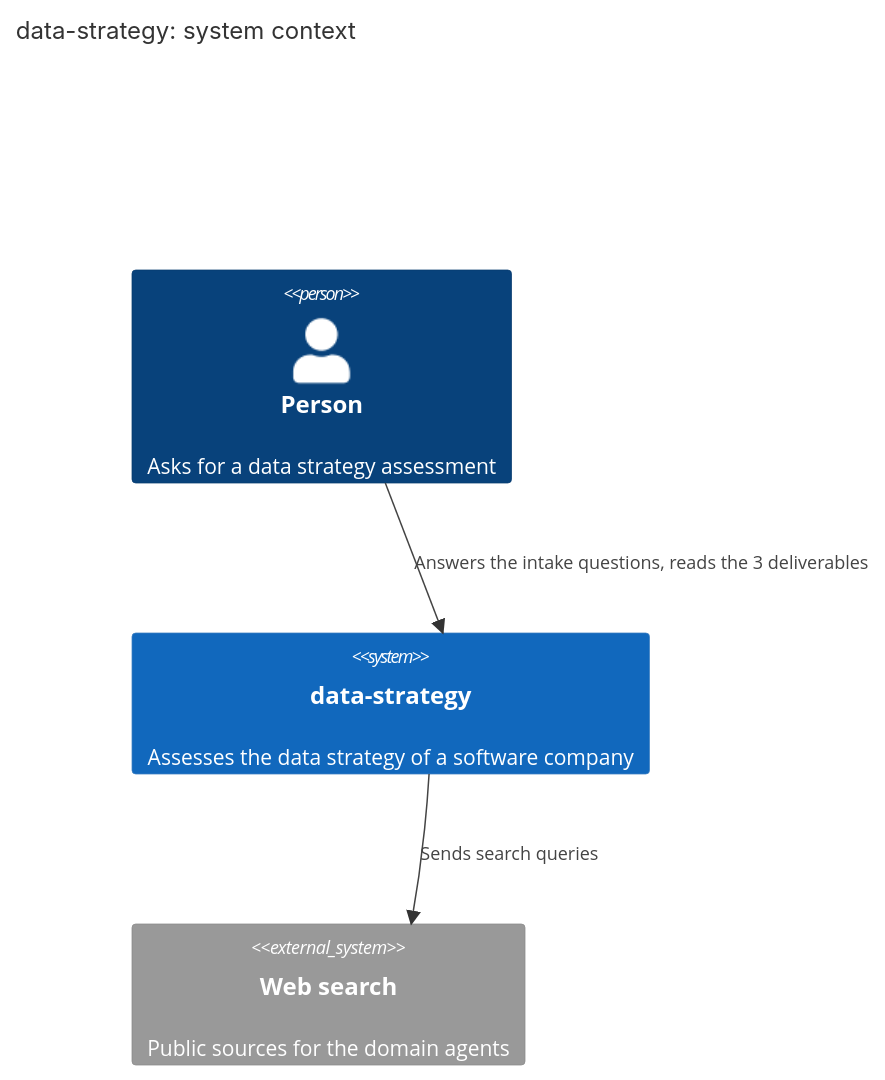
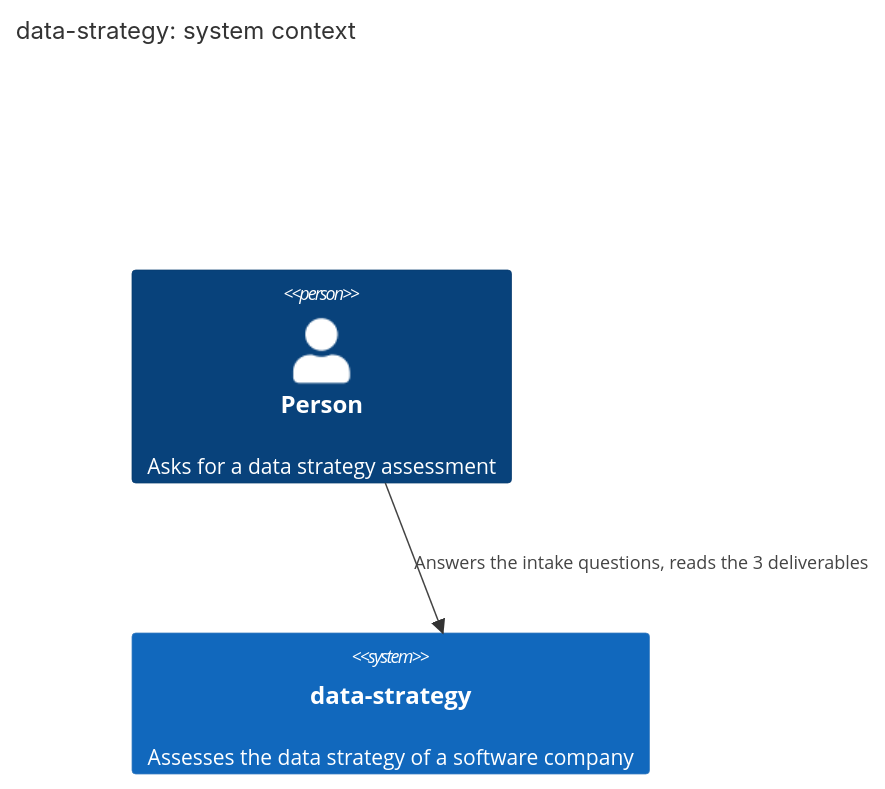
One commit to ai-advanced-futures/cc-plugins changed the first of 2 diagrams in plugins/data-strategy/docs/diagrams/data-strategy-c4.md. Above: the diagram before and after it, drawn with Mermaid. The commit also changed other lines of this file and 22 other files, not shown here.

````diff
--- a/plugins/data-strategy/docs/diagrams/data-strategy-c4.md
+++ b/plugins/data-strategy/docs/diagrams/data-strategy-c4.md
@@ -5,9 +5,7 @@
 ```mermaid
 C4Context
   title data-strategy: system context
   Person(user, "Person", "Asks for a data strategy assessment")
   System(ds, "data-strategy", "Assesses the data strategy of a software company")
-  System_Ext(web, "Web search", "Public sources for the domain agents")
   Rel(user, ds, "Answers the intake questions, reads the 3 deliverables")
-  Rel(ds, web, "Sends search queries")
 ```
````
